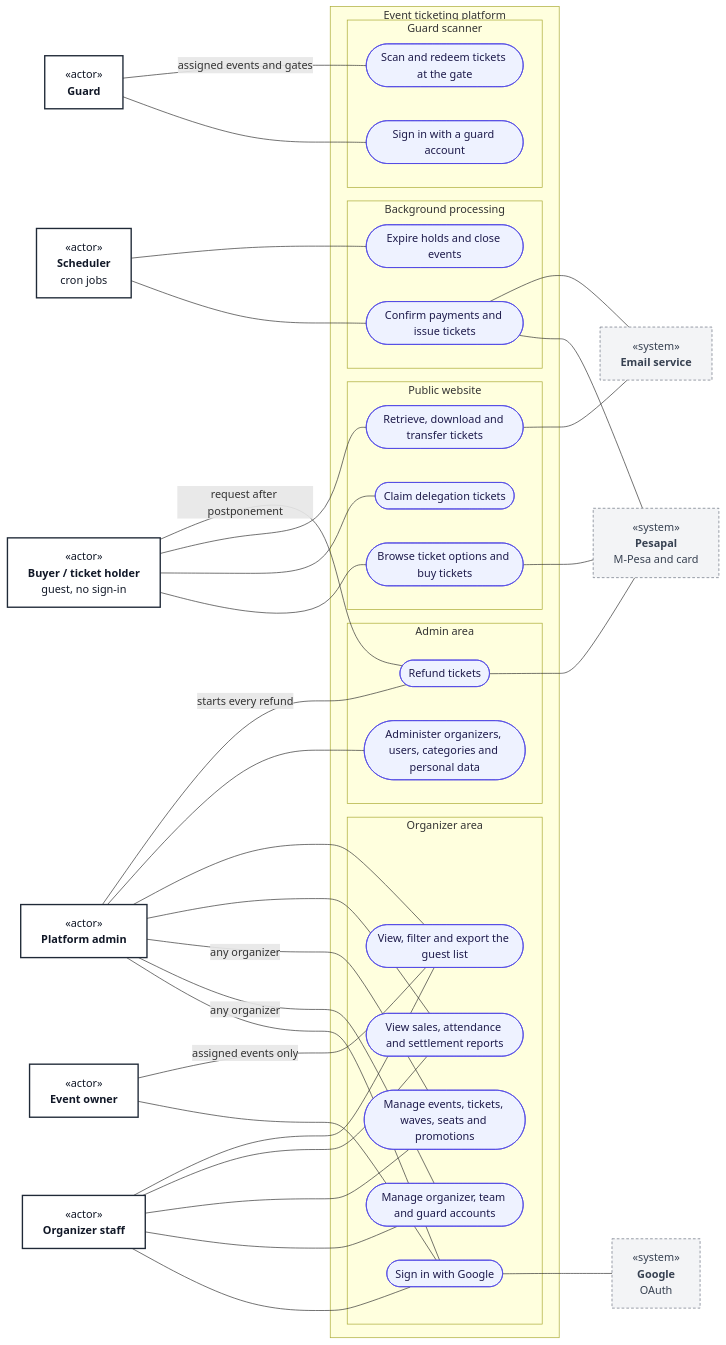
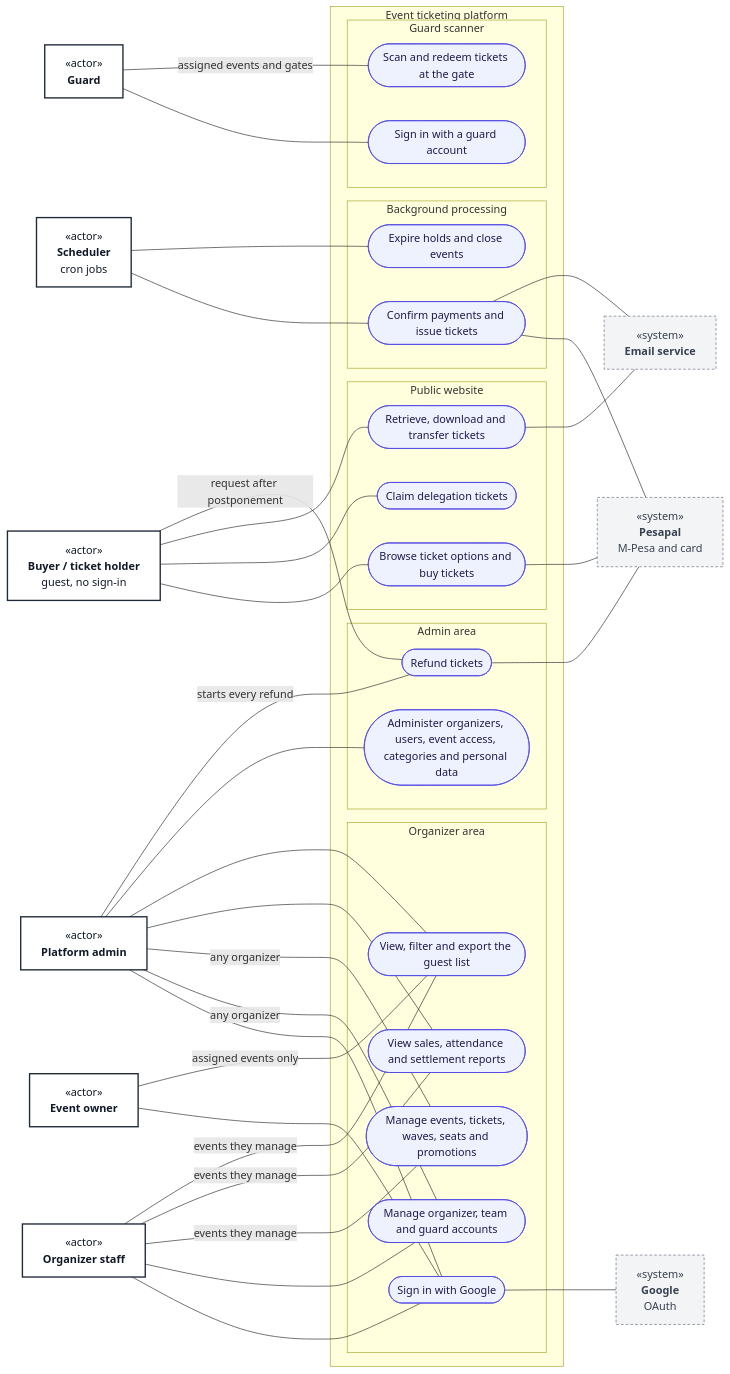
The diagram in doc/diagrams/use-cases/00-overview.md (kreativesahara/ticket), drawn with Mermaid before and after one commit. The commit also changed other lines of this file and 39 other files, not shown here.

Commit message:
feat: add documentation, system diagrams, and state machine specifications for roles, use cases, and architecture

````diff
--- a/doc/diagrams/use-cases/00-overview.md
+++ b/doc/diagrams/use-cases/00-overview.md
@@ -9,74 +9,74 @@
 ```mermaid
 flowchart LR
     classDef actor fill:#ffffff,stroke:#1f2937,stroke-width:2px,color:#111827
     classDef external fill:#f3f4f6,stroke:#6b7280,stroke-width:1px,stroke-dasharray:4 3,color:#374151
     classDef usecase fill:#eef2ff,stroke:#4f46e5,stroke-width:1px,color:#1e1b4b
 
     Buyer["«actor»<br/><b>Buyer / ticket holder</b><br/>guest, no sign-in"]:::actor
     Guard["«actor»<br/><b>Guard</b>"]:::actor
     Staff["«actor»<br/><b>Organizer staff</b>"]:::actor
     Owner["«actor»<br/><b>Event owner</b>"]:::actor
     Admin["«actor»<br/><b>Platform admin</b>"]:::actor
     Scheduler["«actor»<br/><b>Scheduler</b><br/>cron jobs"]:::actor
 
     subgraph SYS["Event ticketing platform"]
         subgraph PUB["Public website"]
             A(["Browse ticket options and buy tickets"]):::usecase
             B(["Claim delegation tickets"]):::usecase
             C(["Retrieve, download and transfer tickets"]):::usecase
         end
         subgraph GATE["Guard scanner"]
             E(["Sign in with a guard account"]):::usecase
             I(["Scan and redeem tickets at the gate"]):::usecase
         end
         subgraph ORG["Organizer area"]
             D(["Sign in with Google"]):::usecase
             F(["Manage organizer, team and guard accounts"]):::usecase
             G(["Manage events, tickets, waves, seats and promotions"]):::usecase
             H(["View, filter and export the guest list"]):::usecase
             J(["View sales, attendance and settlement reports"]):::usecase
         end
         subgraph ADM["Admin area"]
-            K(["Administer organizers, users, categories and personal data"]):::usecase
+            K(["Administer organizers, users, event access, categories and personal data"]):::usecase
             L(["Refund tickets"]):::usecase
         end
         subgraph BG["Background processing"]
             M(["Confirm payments and issue tickets"]):::usecase
             N(["Expire holds and close events"]):::usecase
         end
     end
 
     Google["«system»<br/><b>Google</b><br/>OAuth"]:::external
     Pesapal["«system»<br/><b>Pesapal</b><br/>M-Pesa and card"]:::external
     Email["«system»<br/><b>Email service</b>"]:::external
 
     Buyer --- A
     Buyer --- B
     Buyer --- C
     Buyer ---|"request after postponement"| L
     Guard --- E
     Guard ---|"assigned events and gates"| I
     Staff --- D
     Staff --- F
-    Staff --- G
-    Staff --- J
-    Staff --- H
+    Staff ---|"events they manage"| G
+    Staff ---|"events they manage"| J
+    Staff ---|"events they manage"| H
     Owner --- D
     Owner ---|"assigned events only"| H
     Admin --- D
     Admin ---|"any organizer"| F
     Admin ---|"any organizer"| G
     Admin --- J
     Admin --- H
     Admin --- K
     Admin ---|"starts every refund"| L
     Scheduler --- M
     Scheduler --- N
 
     C --- Email
     A --- Pesapal
     L --- Pesapal
     M --- Pesapal
     M --- Email
     D --- Google
 ```
````
